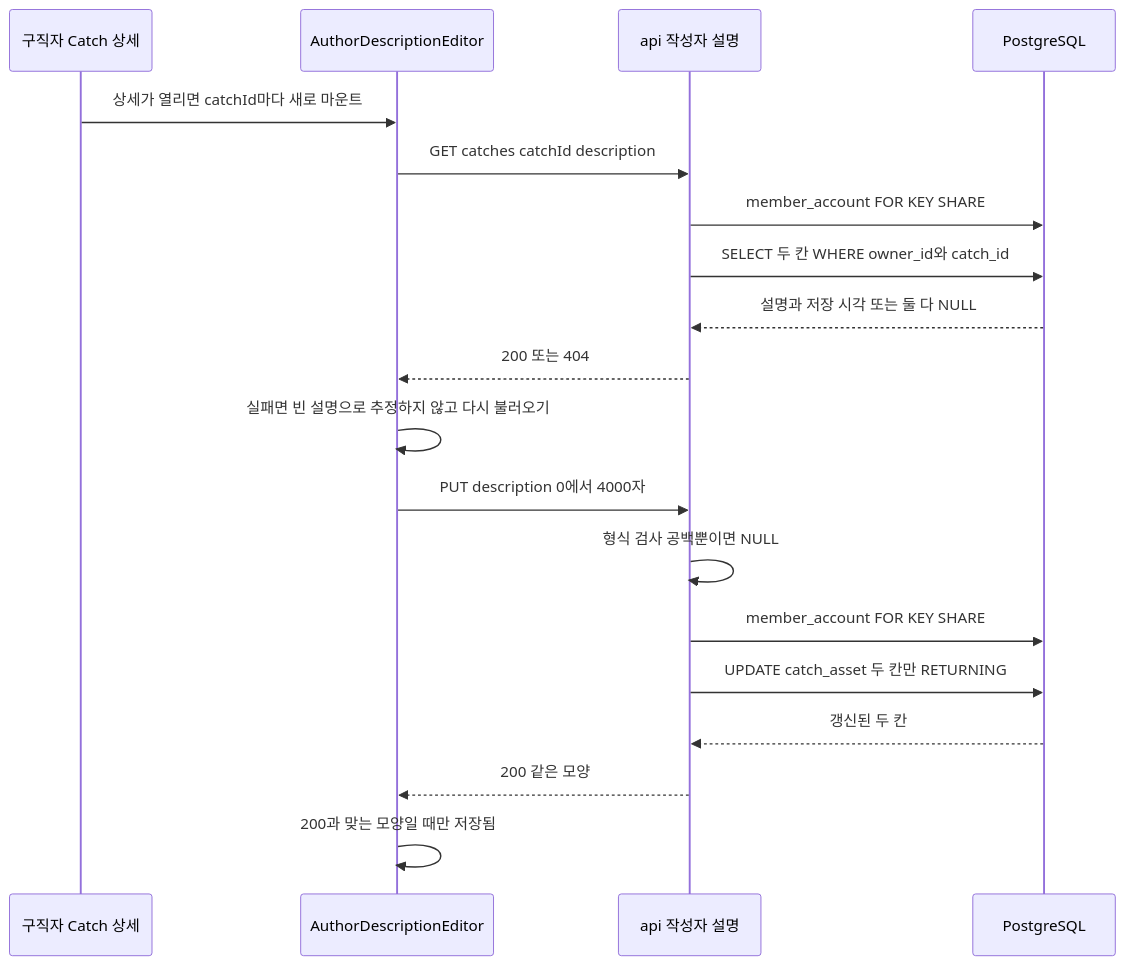
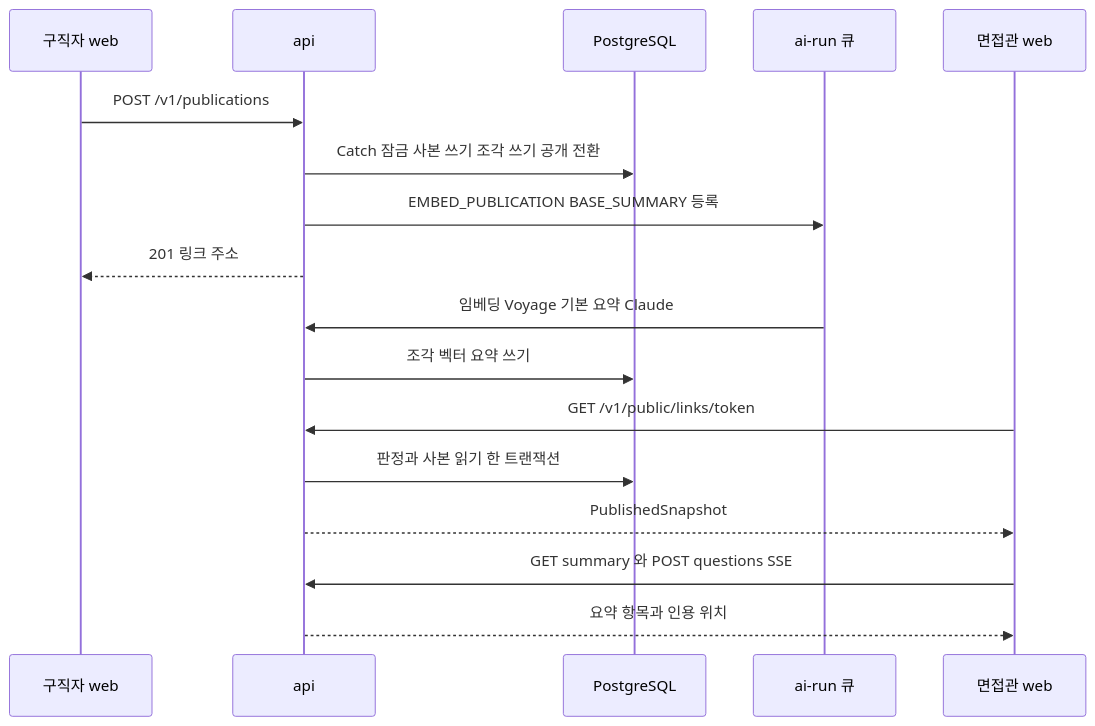
The third of 4 diagrams in aidlc/spaces/default/codekb/CatchU/architecture.md (JminAILab/CatchU), drawn with Mermaid before and after one commit. The commit also changed other lines of this file and 12 other files, not shown here.

````diff
--- a/aidlc/spaces/default/codekb/CatchU/architecture.md
+++ b/aidlc/spaces/default/codekb/CatchU/architecture.md
@@ -235,21 +161,19 @@
 ```mermaid
 sequenceDiagram
-  participant P as 구직자 Catch 상세
-  participant E as AuthorDescriptionEditor
-  participant A as api 작성자 설명
+  participant Author as 구직자 web
+  participant Api as api
   participant DB as PostgreSQL
-  P->>E: 상세가 열리면 catchId마다 새로 마운트
-  E->>A: GET catches catchId description
-  A->>DB: member_account FOR KEY SHARE
-  A->>DB: SELECT 두 칸 WHERE owner_id와 catch_id
-  DB-->>A: 설명과 저장 시각 또는 둘 다 NULL
-  A-->>E: 200 또는 404
-  E->>E: 실패면 빈 설명으로 추정하지 않고 다시 불러오기
-  E->>A: PUT description 0에서 4000자
-  A->>A: 형식 검사 공백뿐이면 NULL
-  A->>DB: member_account FOR KEY SHARE
-  A->>DB: UPDATE catch_asset 두 칸만 RETURNING
-  DB-->>A: 갱신된 두 칸
-  A-->>E: 200 같은 모양
-  E->>E: 200과 맞는 모양일 때만 저장됨
+  participant Run as ai-run 큐
+  participant Rec as 면접관 web
+  Author->>Api: POST /v1/publications
+  Api->>DB: Catch 잠금 사본 쓰기 조각 쓰기 공개 전환
+  Api->>Run: EMBED_PUBLICATION BASE_SUMMARY 등록
+  Api-->>Author: 201 링크 주소
+  Run->>Api: 임베딩 Voyage 기본 요약 Claude
+  Api->>DB: 조각 벡터 요약 쓰기
+  Rec->>Api: GET /v1/public/links/token
+  Api->>DB: 판정과 사본 읽기 한 트랜잭션
+  Api-->>Rec: PublishedSnapshot
+  Rec->>Api: GET summary 와 POST questions SSE
+  Api-->>Rec: 요약 항목과 인용 위치
 ```
````
